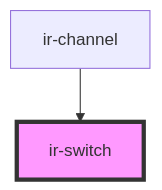
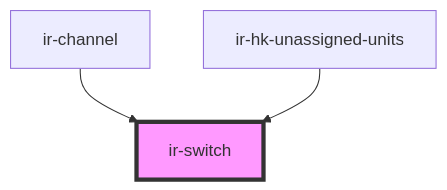
Before and after one commit to David1Chowaifaty/modified-ir-webcmp: the diagram in src/components/ir-switch/readme.md, drawn with Mermaid. The commit also changed other lines of this file and 19 other files, not shown here.

````diff
--- a/src/components/ir-switch/readme.md
+++ b/src/components/ir-switch/readme.md
@@ -31,5 +32,6 @@
 ```mermaid
 graph TD;
   ir-channel --> ir-switch
+  ir-hk-unassigned-units --> ir-switch
   style ir-switch fill:#f9f,stroke:#333,stroke-width:4px
 ```
````
